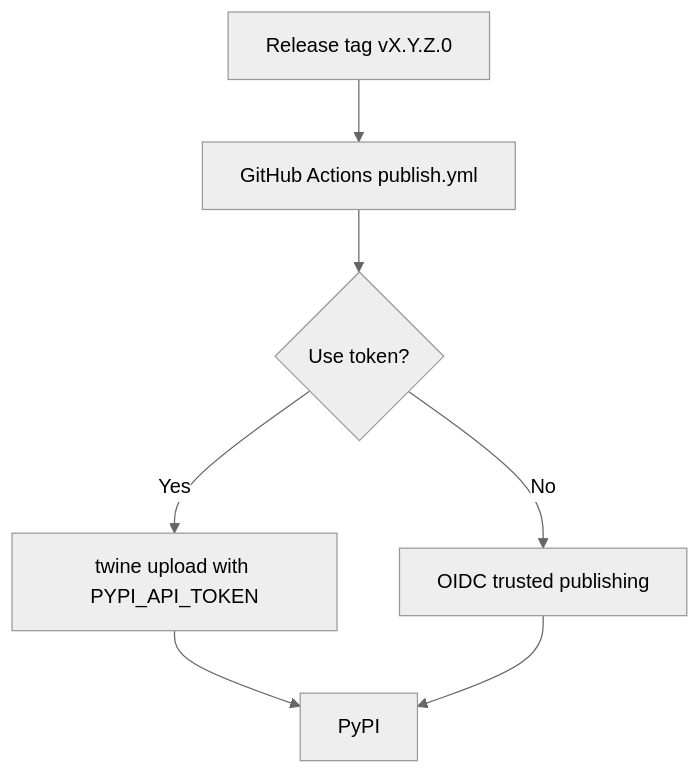
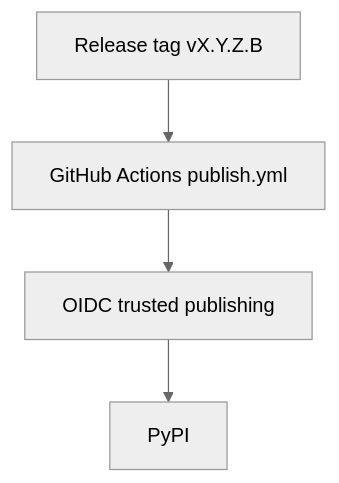
Before and after one commit to PyPNMApps/PyPNM-CMTS: the second of 2 diagrams in docs/release/index.md, drawn with Mermaid (neutral theme). The commit also changed other lines of this file and 5 other files, not shown here.

````diff
--- a/docs/release/index.md
+++ b/docs/release/index.md
@@ -200,9 +202,6 @@
 ```mermaid
 flowchart TD
-  A[Release tag vX.Y.Z.0] --> B[GitHub Actions publish.yml]
-  B --> C{Use token?}
-  C -- Yes --> D[twine upload with PYPI_API_TOKEN]
-  C -- No --> E[OIDC trusted publishing]
-  D --> F[PyPI]
-  E --> F
+  A[Release tag vX.Y.Z.B] --> B[GitHub Actions publish.yml]
+  B --> C[OIDC trusted publishing]
+  C --> D[PyPI]
 ```
````
